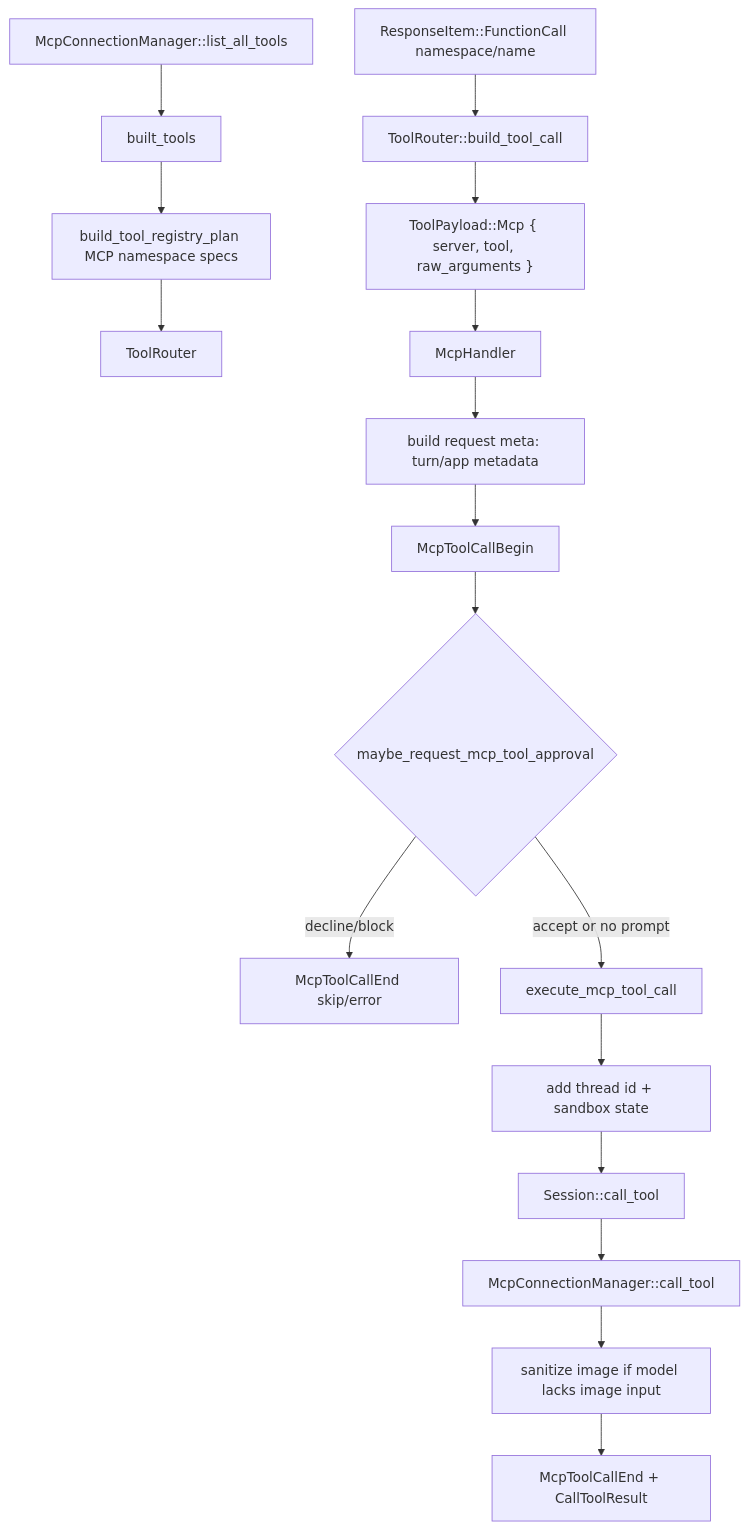
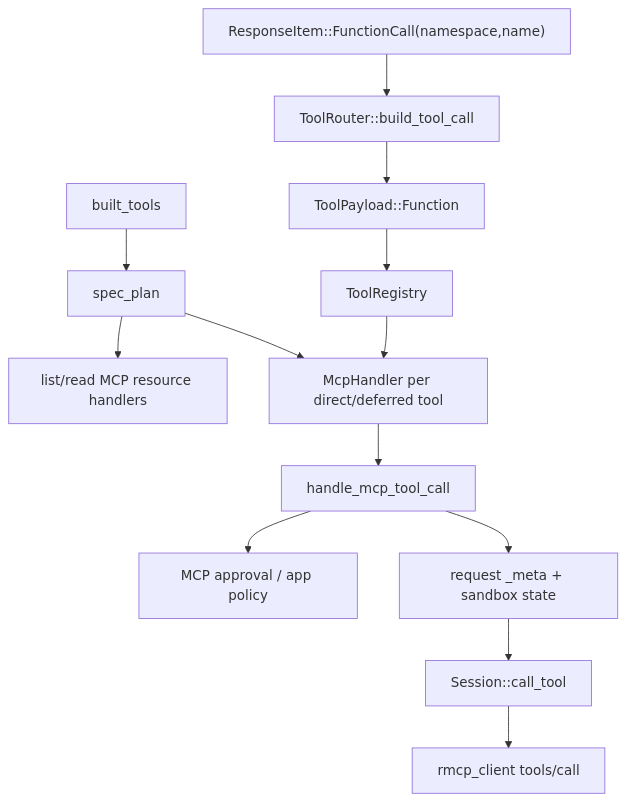
The diagram in docs/llm-wiki/codex/spine/trace-mcp-call.md (wdnmdtonyma/SOTA-Agent-LLM-Wiki), drawn with Mermaid before and after one commit. The commit also changed other lines of this file and 188 other files, not shown here.

````diff
--- a/docs/llm-wiki/codex/spine/trace-mcp-call.md
+++ b/docs/llm-wiki/codex/spine/trace-mcp-call.md
@@ -24,19 +24,15 @@
 ```mermaid
 flowchart TD
-    MANAGER["McpConnectionManager::list_all_tools"] --> BUILT["built_tools"]
-    BUILT --> PLAN["build_tool_registry_plan MCP namespace specs"]
-    PLAN --> ROUTER["ToolRouter"]
-    MODEL["ResponseItem::FunctionCall namespace/name"] --> BUILDCALL["ToolRouter::build_tool_call"]
-    BUILDCALL --> PAYLOAD["ToolPayload::Mcp { server, tool, raw_arguments }"]
-    PAYLOAD --> HANDLER["McpHandler"]
-    HANDLER --> META0["build request meta: turn/app metadata"]
-    META0 --> BEGIN["McpToolCallBegin"]
-    BEGIN --> APPROVAL{"maybe_request_mcp_tool_approval"}
-    APPROVAL -->|decline/block| SKIP["McpToolCallEnd skip/error"]
-    APPROVAL -->|accept or no prompt| EXEC["execute_mcp_tool_call"]
-    EXEC --> META["add thread id + sandbox state"]
+    TURN["built_tools"] --> PLAN["spec_plan"]
+    PLAN --> RESOURCE["list/read MCP resource handlers"]
+    PLAN --> HANDLER["McpHandler per direct/deferred tool"]
+    MODEL["ResponseItem::FunctionCall(namespace,name)"] --> ROUTER["ToolRouter::build_tool_call"]
+    ROUTER --> PAYLOAD["ToolPayload::Function"]
+    PAYLOAD --> REGISTRY["ToolRegistry"]
+    REGISTRY --> HANDLER
+    HANDLER --> TRACE["handle_mcp_tool_call"]
+    TRACE --> APPROVAL["MCP approval / app policy"]
+    TRACE --> META["request _meta + sandbox state"]
     META --> SESSION["Session::call_tool"]
-    SESSION --> MANAGER2["McpConnectionManager::call_tool"]
-    MANAGER2 --> SANITIZE["sanitize image if model lacks image input"]
-    SANITIZE --> END["McpToolCallEnd + CallToolResult"]
+    SESSION --> RMCP["rmcp_client tools/call"]
 ```
````
